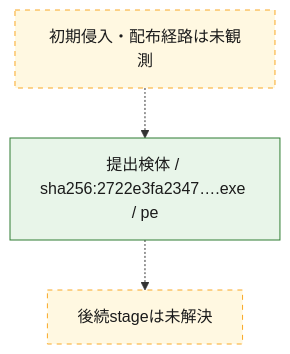
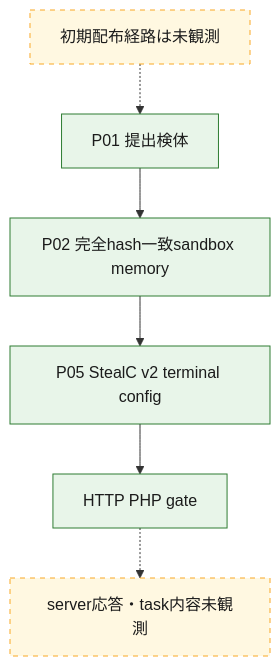
One commit to proshiba/AI-security-analysis changed the second of 3 diagrams in analysis-results/malware/stealc/versions/unknown/cases/2722e3fa2347b1a5c39b44773baa719a3bf1414b82814b780a5872e21cd3c9ca/OVERALL-LOGIC.md. Above: the diagram before and after it, drawn with Mermaid. The commit also changed other lines of this file and 280 other files, not shown here.

````diff
--- a/analysis-results/malware/stealc/versions/unknown/cases/2722e3fa2347b1a5c39b44773baa719a3bf1414b82814b780a5872e21cd3c9ca/OVERALL-LOGIC.md
+++ b/analysis-results/malware/stealc/versions/unknown/cases/2722e3fa2347b1a5c39b44773baa719a3bf1414b82814b780a5872e21cd3c9ca/OVERALL-LOGIC.md
@@ -29,13 +29,12 @@
 ```mermaid
 flowchart TD
-  chain_initial["初期侵入・配布経路は未観測"]
-  chain_01["提出検体 / sha256:2722e3fa2347….exe / pe"]
-  chain_initial -.-> chain_01
-  chain_unknown["後続stageは未解決"]
-  chain_01 -.-> chain_unknown
-  class chain_unknown unresolved
-  class chain_01 confirmed
-  class chain_initial unresolved
+  c00["初期配布経路は未観測"] -.-> c01["P01 提出検体"]
+  c01 --> c02["P02 完全hash一致sandbox memory"]
+  c02 --> c03["P05 StealC v2 terminal config"]
+  c03 --> c04["HTTP PHP gate"]
+  c04 -.-> c05["server応答・task内容未観測"]
+  class c01,c02,c03,c04 confirmed
+  class c00,c05 unresolved
   classDef confirmed fill:#e8f5e9,stroke:#2e7d32,color:#1b1b1b
   classDef unresolved fill:#fff8e1,stroke:#f9a825,color:#1b1b1b,stroke-dasharray:5 5
 ```
````
